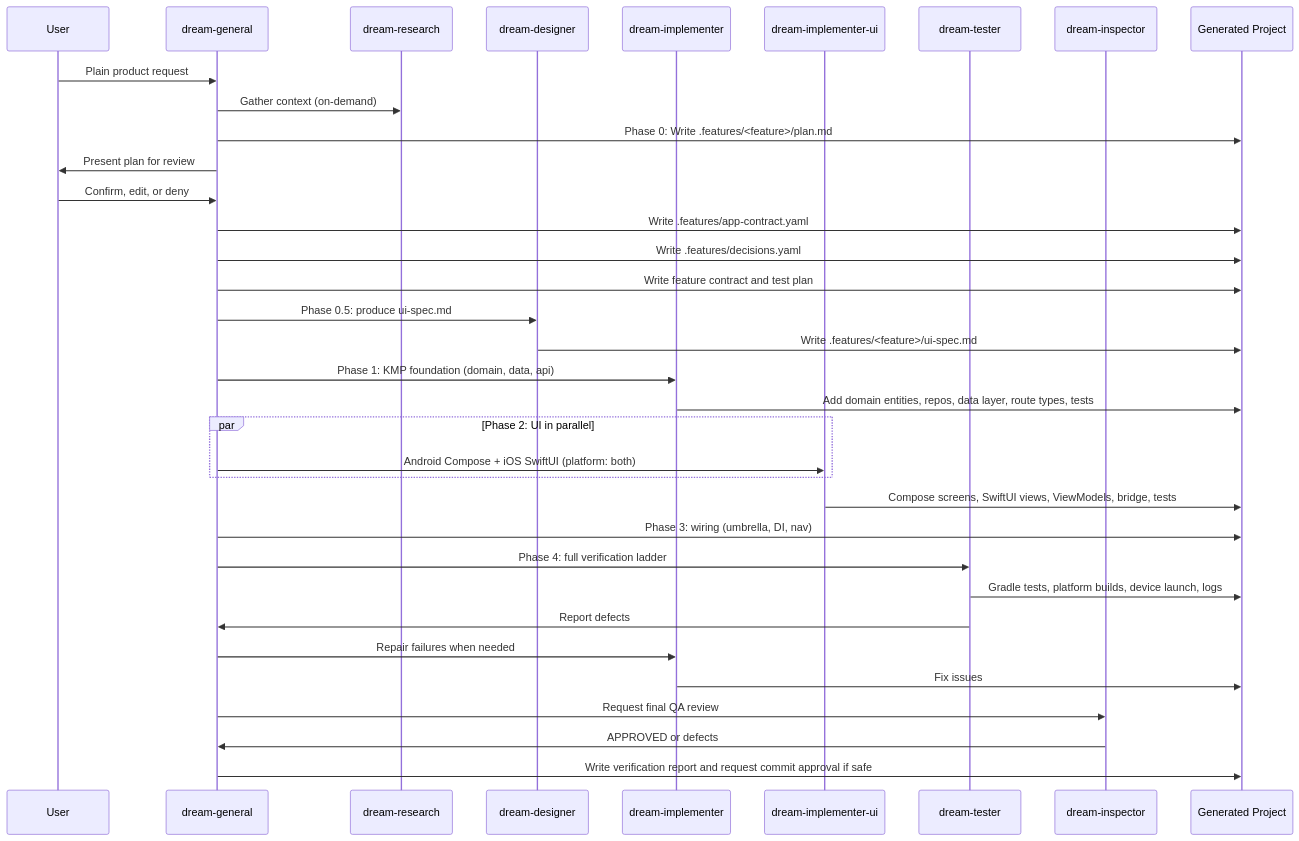
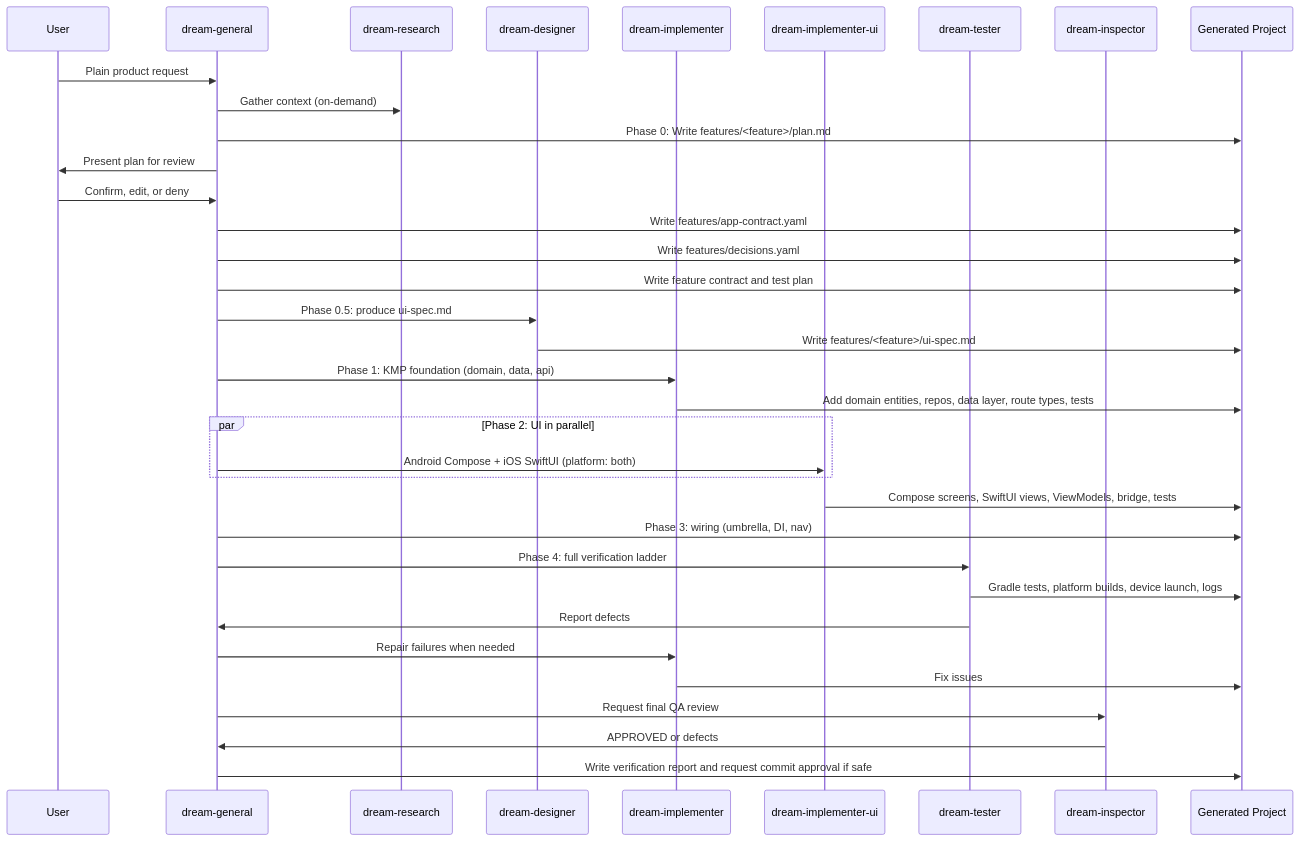
The third of 8 diagrams in ONBOARDING.md (Helmy2/Dream), drawn with Mermaid before and after one commit. The commit also changed other lines of this file and 57 other files, not shown here.

````diff
--- a/ONBOARDING.md
+++ b/ONBOARDING.md
@@ -68,38 +68,38 @@
 ```mermaid
 sequenceDiagram
     participant User
     participant General as dream-general
     participant Research as dream-research
     participant Designer as dream-designer
     participant Impl as dream-implementer
     participant ImplUI as dream-implementer-ui
     participant Tester as dream-tester
     participant Inspector as dream-inspector
     participant Project as Generated Project
 
     User->>General: Plain product request
     General->>Research: Gather context (on-demand)
-    General->>Project: Phase 0: Write .features/<feature>/plan.md
+    General->>Project: Phase 0: Write features/<feature>/plan.md
     General->>User: Present plan for review
     User->>General: Confirm, edit, or deny
-    General->>Project: Write .features/app-contract.yaml
-    General->>Project: Write .features/decisions.yaml
+    General->>Project: Write features/app-contract.yaml
+    General->>Project: Write features/decisions.yaml
     General->>Project: Write feature contract and test plan
     General->>Designer: Phase 0.5: produce ui-spec.md
-    Designer->>Project: Write .features/<feature>/ui-spec.md
+    Designer->>Project: Write features/<feature>/ui-spec.md
     General->>Impl: Phase 1: KMP foundation (domain, data, api)
     Impl->>Project: Add domain entities, repos, data layer, route types, tests
     par Phase 2: UI in parallel
         General->>ImplUI: Android Compose + iOS SwiftUI (platform: both)
     end
     ImplUI->>Project: Compose screens, SwiftUI views, ViewModels, bridge, tests
     General->>Project: Phase 3: wiring (umbrella, DI, nav)
     General->>Tester: Phase 4: full verification ladder
     Tester->>Project: Gradle tests, platform builds, device launch, logs
     Tester->>General: Report defects
     General->>Impl: Repair failures when needed
     Impl->>Project: Fix issues
     General->>Inspector: Request final QA review
     Inspector->>General: APPROVED or defects
     General->>Project: Write verification report and request commit approval if safe
 ```
````
